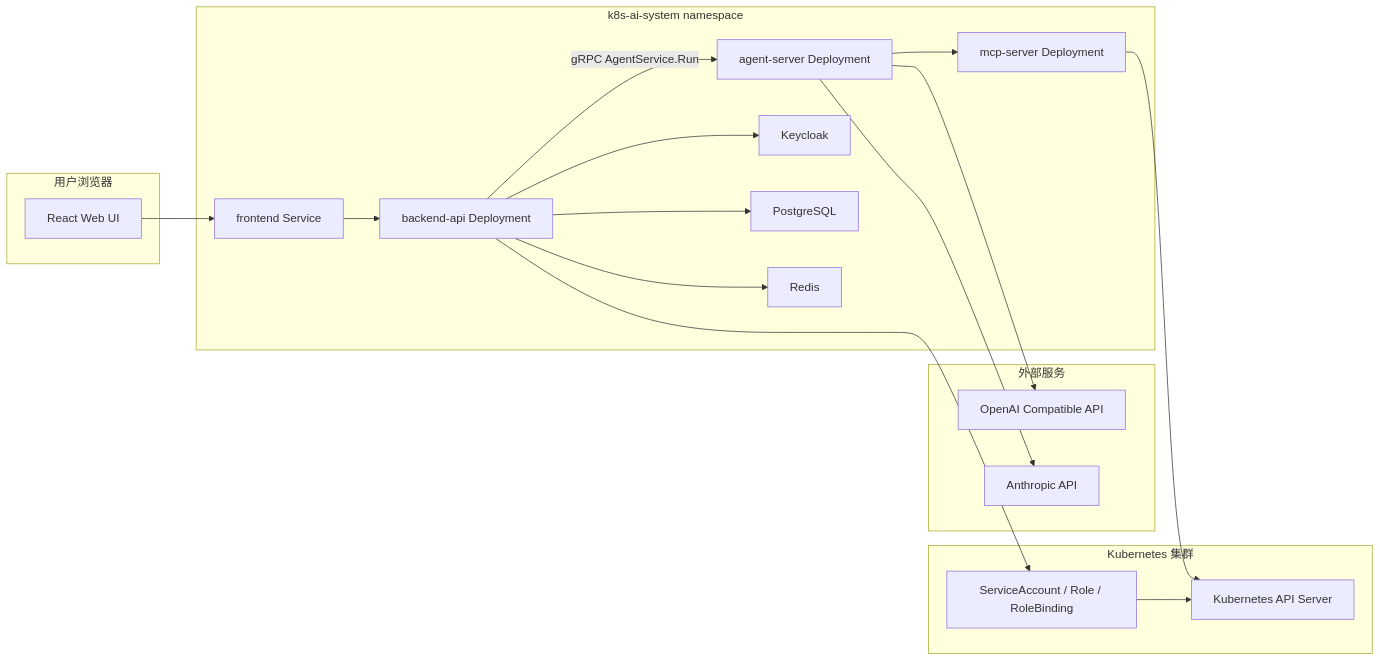
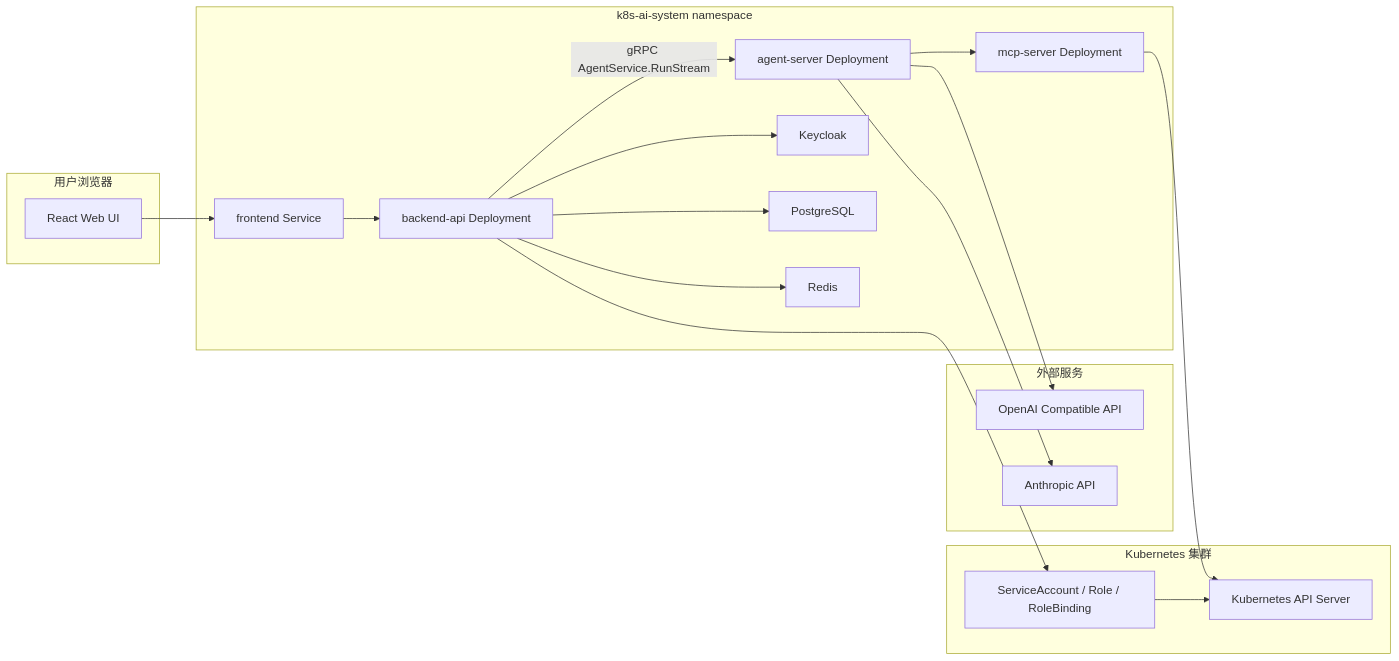
One commit to ZhaoXiangHeng/k8s-agent changed the first of 4 diagrams in docs/architecture/system-architecture.md. Above: the diagram before and after it, drawn with Mermaid. The commit also changed other lines of this file and 128 other files, not shown here.

````diff
--- a/docs/architecture/system-architecture.md
+++ b/docs/architecture/system-architecture.md
@@ -5,39 +5,39 @@
 ```mermaid
 flowchart LR
   subgraph Browser["用户浏览器"]
     UI["React Web UI"]
   end
 
   subgraph Platform["k8s-ai-system namespace"]
     FE["frontend Service"]
     API["backend-api Deployment"]
     Agent["agent-server Deployment"]
     MCP["mcp-server Deployment"]
     KC["Keycloak"]
     PG["PostgreSQL"]
     Redis["Redis"]
   end
 
   subgraph External["外部服务"]
     OpenAI["OpenAI Compatible API"]
     Anthropic["Anthropic API"]
   end
 
   subgraph Cluster["Kubernetes 集群"]
     K8S["Kubernetes API Server"]
     RBAC["ServiceAccount / Role / RoleBinding"]
   end
 
   UI --> FE
   FE --> API
   API --> KC
   API --> PG
   API --> Redis
-  API -->|"gRPC AgentService.Run"| Agent
+  API -->|"gRPC AgentService.RunStream"| Agent
   Agent --> OpenAI
   Agent --> Anthropic
   Agent --> MCP
   MCP --> K8S
   API --> RBAC
   RBAC --> K8S
 ```
````
